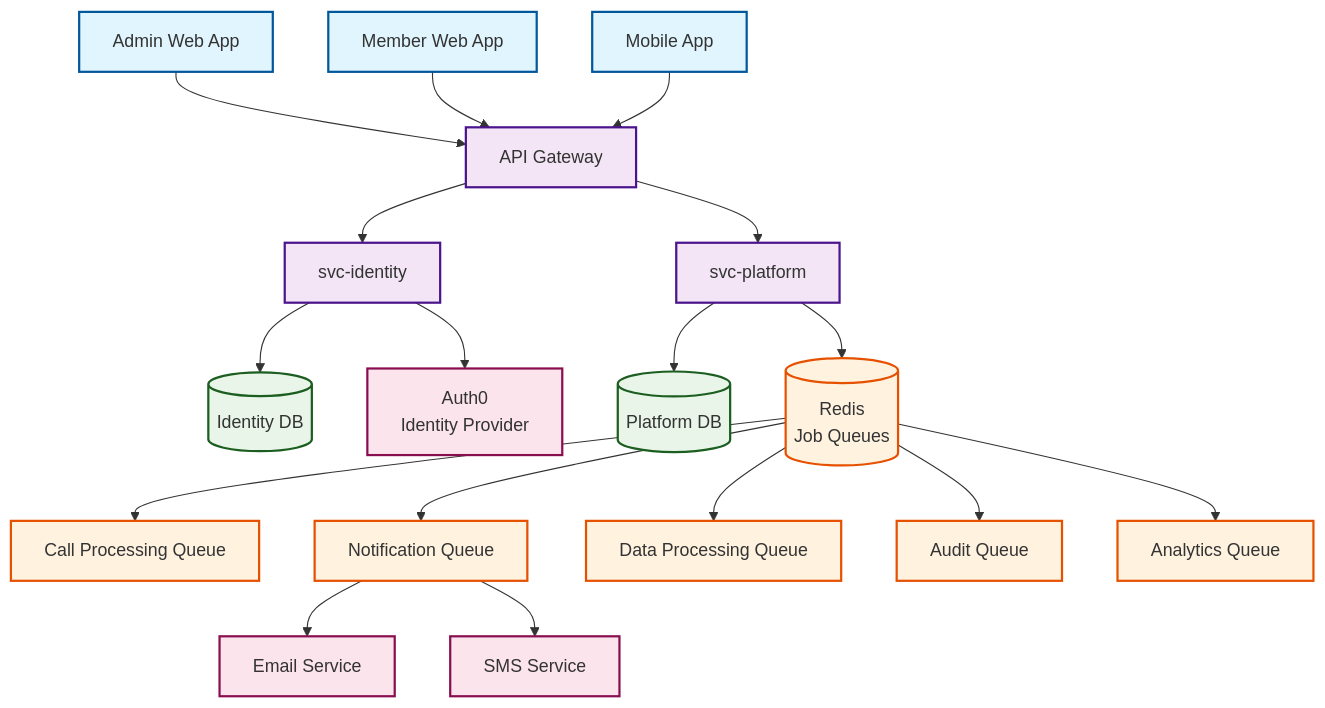
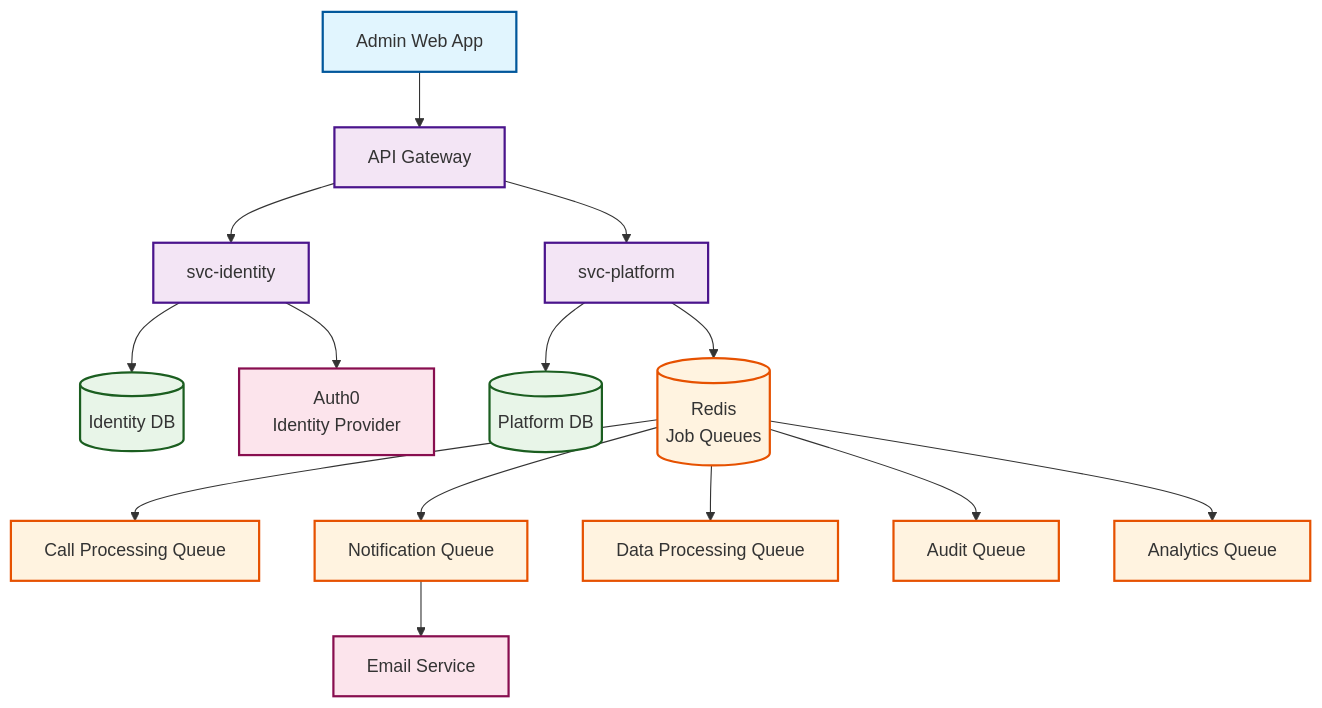
The diagram in mae-outreach-system/services.md (jessicadsewell/rfcs), drawn with Mermaid before and after one commit. The commit also changed other lines of this file and 8 other files, not shown here.

````diff
--- a/mae-outreach-system/services.md
+++ b/mae-outreach-system/services.md
@@ -9,73 +9,67 @@
 ```mermaid
 %%{init: {"flowchart": {"htmlLabels": false}} }%%
 graph TB
     %% Client Applications
     AdminWeb[Admin Web App]
-    MemberWeb[Member Web App]
-    Mobile[Mobile App]
 
     %% API Gateway
     Gateway[API Gateway]
 
     %% Microservices
     Identity[svc-identity]
     Platform[svc-platform]
 
     %% Databases
     IdentityDB[(Identity DB)]
     PlatformDB[(Platform DB)]
 
     %% Job Queues
     Redis[(Redis\nJob Queues)]
     CallQueue[Call Processing Queue]
     NotifQueue[Notification Queue]
     DataQueue[Data Processing Queue]
     AuditQueue[Audit Queue]
     AnalyticsQueue[Analytics Queue]
 
     %% External Services
     Auth0[Auth0\nIdentity Provider]
     Email[Email Service]
-    SMS[SMS Service]
 
     %% Client to Gateway
     AdminWeb --> Gateway
-    MemberWeb --> Gateway
-    Mobile --> Gateway
 
     %% Gateway to Services
     Gateway --> Identity
     Gateway --> Platform
 
     %% Service to Database
     Identity --> IdentityDB
     Platform --> PlatformDB
 
     %% Service to External Auth
     Identity --> Auth0
 
     %% Platform to Queues
     Platform --> Redis
     Redis --> CallQueue
     Redis --> NotifQueue
     Redis --> DataQueue
     Redis --> AuditQueue
     Redis --> AnalyticsQueue
 
     %% Queue to External Services
     NotifQueue --> Email
-    NotifQueue --> SMS
 
     %% Styling
     classDef clientApp fill:#e1f5fe,stroke:#01579b,stroke-width:2px
     classDef service fill:#f3e5f5,stroke:#4a148c,stroke-width:2px
     classDef database fill:#e8f5e8,stroke:#1b5e20,stroke-width:2px
     classDef queue fill:#fff3e0,stroke:#e65100,stroke-width:2px
     classDef external fill:#fce4ec,stroke:#880e4f,stroke-width:2px
 
-    class AdminWeb,MemberWeb,Mobile clientApp
+    class AdminWeb clientApp
     class Gateway,Identity,Platform service
     class IdentityDB,PlatformDB database
     class Redis,CallQueue,NotifQueue,DataQueue,AuditQueue,AnalyticsQueue queue
-    class Auth0,Email,SMS external
+    class Auth0,Email external
 ```
````
